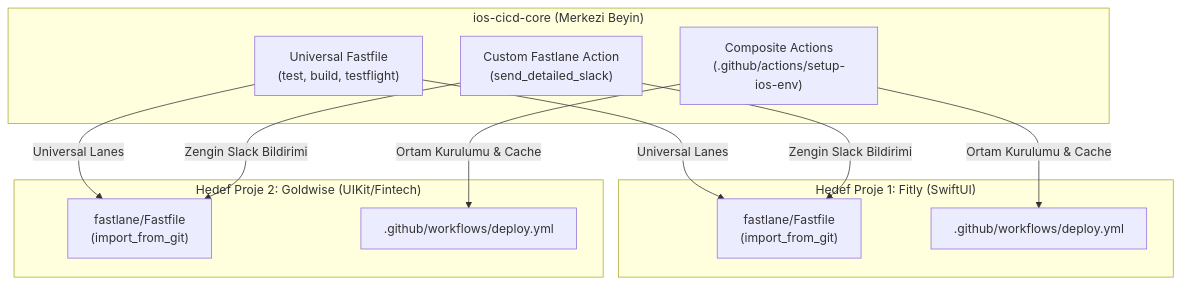
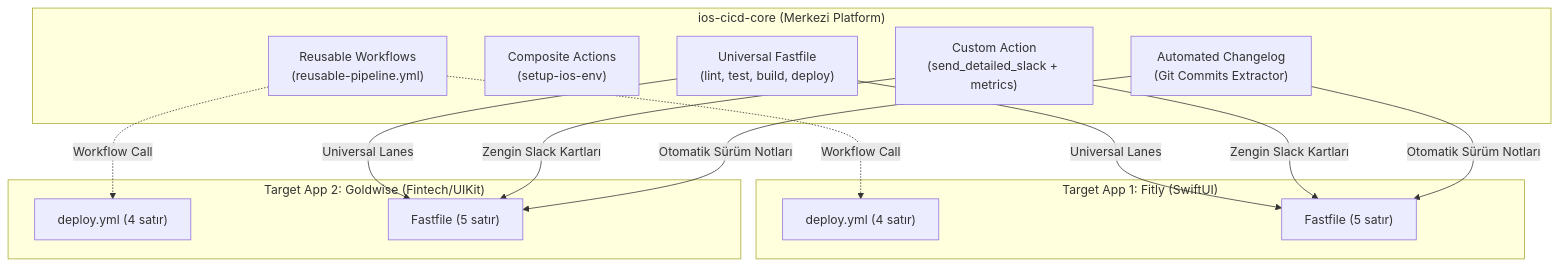
One commit to hakankorhasan/ios-cicd-core changed the diagram in README.md. Above: the diagram before and after it, drawn with Mermaid. The commit also changed other lines of this file and 3 other files, not shown here.

Commit message:
feat: add automated changelog, reusable workflow, universal lint, and timing metrics

````diff
--- a/README.md
+++ b/README.md
@@ -17,25 +29,29 @@
 ```mermaid
 flowchart TD
-    subgraph Core ["ios-cicd-core (Merkezi Beyin)"]
-        CA["Composite Actions<br/>(.github/actions/setup-ios-env)"]
-        FL["Universal Fastfile<br/>(test, build, testflight)"]
-        SA["Custom Fastlane Action<br/>(send_detailed_slack)"]
+    subgraph Core ["ios-cicd-core (Merkezi Platform)"]
+        RW["Reusable Workflows<br/>(reusable-pipeline.yml)"]
+        CA["Composite Actions<br/>(setup-ios-env)"]
+        FL["Universal Fastfile<br/>(lint, test, build, deploy)"]
+        SA["Custom Action<br/>(send_detailed_slack + metrics)"]
+        CL["Automated Changelog<br/>(Git Commits Extractor)"]
     end
 
-    subgraph Consumer1 ["Hedef Proje 1: Fitly (SwiftUI)"]
-        F1["fastlane/Fastfile<br/>(import_from_git)"]
-        W1[".github/workflows/deploy.yml"]
+    subgraph App1 ["Target App 1: Fitly (SwiftUI)"]
+        W1["deploy.yml (4 satır)"]
+        F1["Fastfile (5 satır)"]
     end
 
-    subgraph Consumer2 ["Hedef Proje 2: Goldwise (UIKit/Fintech)"]
-        F2["fastlane/Fastfile<br/>(import_from_git)"]
-        W2[".github/workflows/deploy.yml"]
+    subgraph App2 ["Target App 2: Goldwise (Fintech/UIKit)"]
+        W2["deploy.yml (4 satır)"]
+        F2["Fastfile (5 satır)"]
     end
 
-    CA -->|Ortam Kurulumu & Cache| W1
-    CA -->|Ortam Kurulumu & Cache| W2
+    RW -.->|Workflow Call| W1
+    RW -.->|Workflow Call| W2
     FL -->|Universal Lanes| F1
     FL -->|Universal Lanes| F2
-    SA -->|Zengin Slack Bildirimi| F1
-    SA -->|Zengin Slack Bildirimi| F2
+    SA -->|Zengin Slack Kartları| F1
+    SA -->|Zengin Slack Kartları| F2
+    CL -->|Otomatik Sürüm Notları| F1
+    CL -->|Otomatik Sürüm Notları| F2
 ```
````
